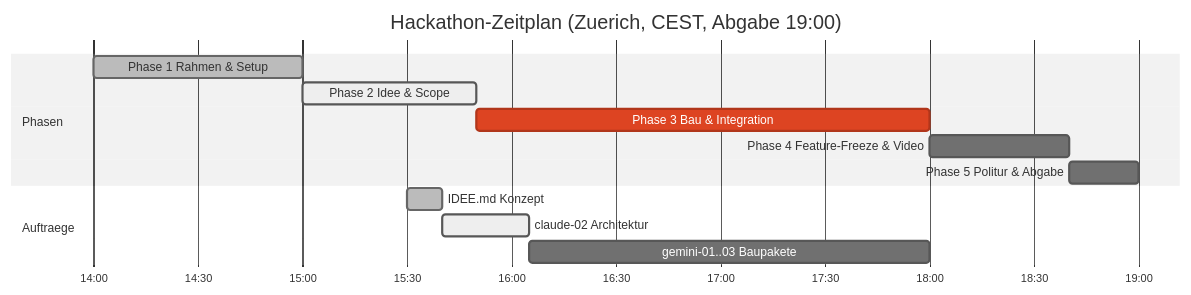
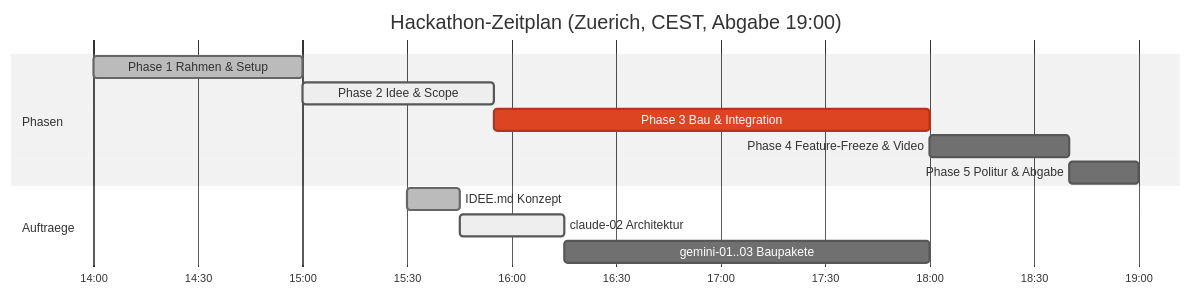
Before and after one commit to Philipp2agent/agentic-hack-google: the diagram in STAND.md, drawn with Mermaid (neutral theme). The commit also changed 2 other files, not shown here.

Commit message:
feat(idee): update IDEE.md with Ray-Ban demo script, claude-02 and STAND.md

````diff
--- a/STAND.md
+++ b/STAND.md
@@ -20,16 +20,16 @@
 ```mermaid
 gantt
   title Hackathon-Zeitplan (Zuerich, CEST, Abgabe 19:00)
   dateFormat HH:mm
   axisFormat %H:%M
   section Phasen
   Phase 1 Rahmen & Setup     :done, p1, 14:00, 15:00
-  Phase 2 Idee & Scope       :active, p2, 15:00, 15:50
-  Phase 3 Bau & Integration  :crit, p3, 15:50, 18:00
+  Phase 2 Idee & Scope       :active, p2, 15:00, 15:55
+  Phase 3 Bau & Integration  :crit, p3, 15:55, 18:00
   Phase 4 Feature-Freeze & Video :p4, 18:00, 18:40
   Phase 5 Politur & Abgabe   :p5, 18:40, 19:00
   section Auftraege
-  IDEE.md Konzept            :done, t_idee, 15:30, 15:40
-  claude-02 Architektur      :active, t_cl2, 15:40, 16:05
-  gemini-01..03 Baupakete    :t_gem, 16:05, 18:00
+  IDEE.md Konzept            :done, t_idee, 15:30, 15:45
+  claude-02 Architektur      :active, t_cl2, 15:45, 16:15
+  gemini-01..03 Baupakete    :t_gem, 16:15, 18:00
 ```
````
